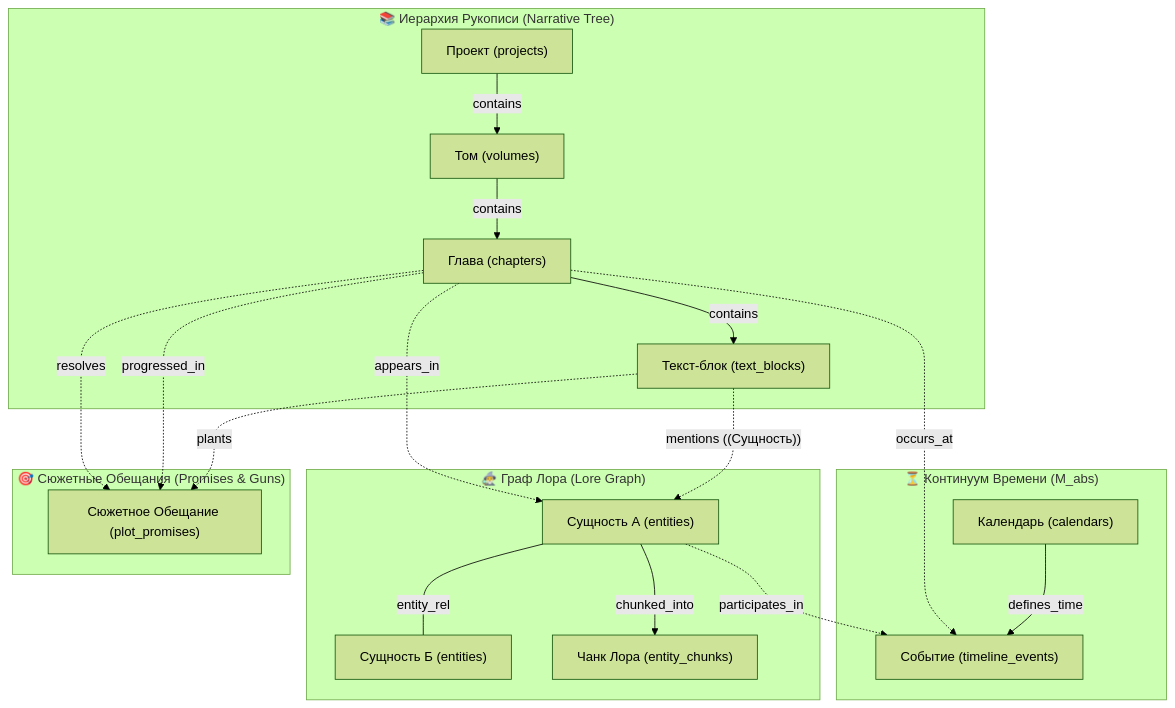
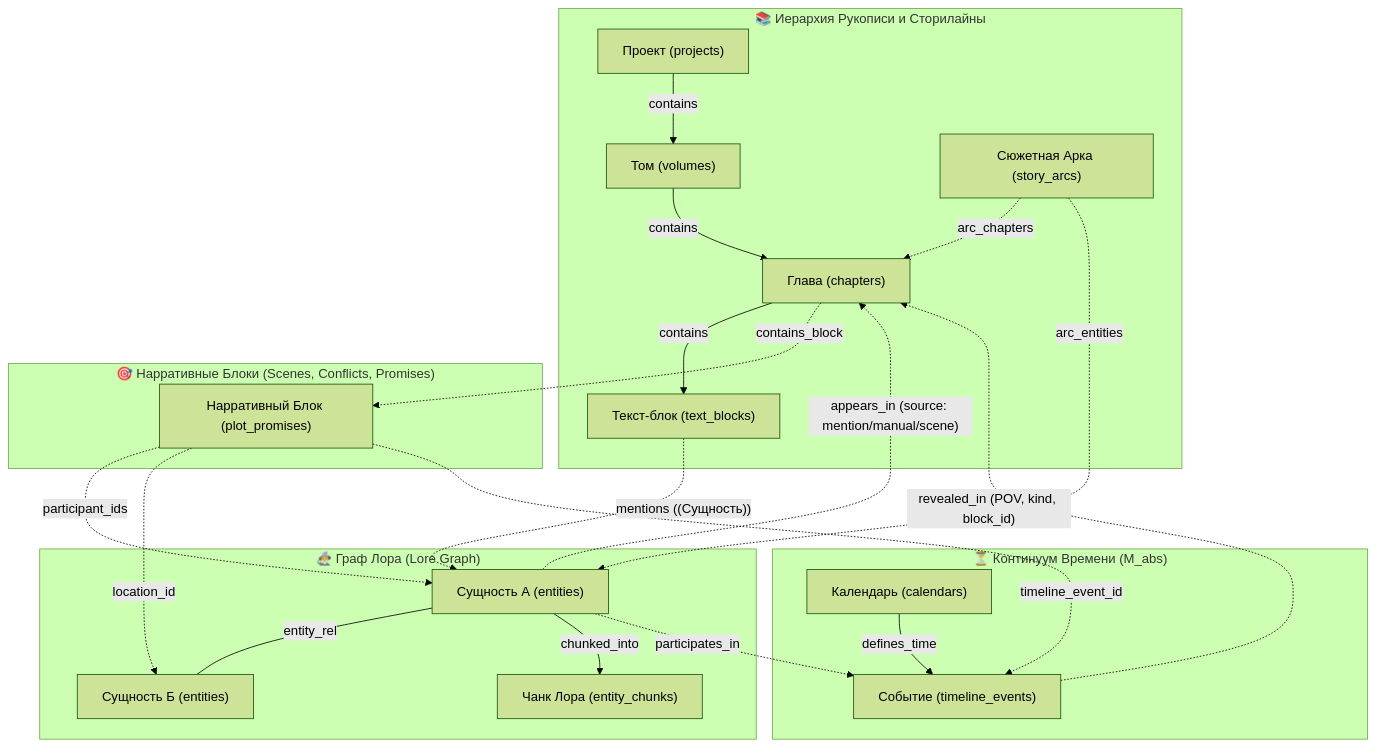
The first of 2 diagrams in apps/spa/src/logic/README_Logic.md (nagisokyn-prog/WorldWiki), drawn with Mermaid (forest theme) before and after one commit. The commit also changed other lines of this file and 51 other files, not shown here.

Commit message:
feat: implement core domain crates, database schema pipeline, and Tauri command modules

````diff
--- a/apps/spa/src/logic/README_Logic.md
+++ b/apps/spa/src/logic/README_Logic.md
@@ -60,44 +60,48 @@
 ```mermaid
 flowchart TD
-    subgraph Narrative_Layer ["📚 Иерархия Рукописи (Narrative Tree)"]
+    subgraph Narrative_Layer ["📚 Иерархия Рукописи и Сторилайны"]
         Project["Проект (projects)"]
         Volume["Том (volumes)"]
         Chapter["Глава (chapters)"]
         TextBlock["Текст-блок (text_blocks)"]
+        StoryArc["Сюжетная Арка (story_arcs)"]
 
         Project -->|contains| Volume
         Volume -->|contains| Chapter
         Chapter -->|contains| TextBlock
+        StoryArc -.->|arc_chapters| Chapter
     end
 
     subgraph Knowledge_Layer ["🧙‍♂️ Граф Лора (Lore Graph)"]
         EntityA["Сущность А (entities)"]
         EntityB["Сущность Б (entities)"]
         EntityChunk["Чанк Лора (entity_chunks)"]
 
         EntityA ---|"entity_rel"| EntityB
         EntityA -->|"chunked_into"| EntityChunk
+        StoryArc -.->|arc_entities| EntityA
     end
 
     subgraph Timeline_Layer ["⏳ Континуум Времени (M_abs)"]
         Calendar["Календарь (calendars)"]
         TimelineEvent["Событие (timeline_events)"]
 
         Calendar -->|"defines_time"| TimelineEvent
     end
 
-    subgraph Plot_Layer ["🎯 Сюжетные Обещания (Promises & Guns)"]
-        PlotPromise["Сюжетное Обещание (plot_promises)"]
+    subgraph Plot_Layer ["🎯 Нарративные Блоки (Scenes, Conflicts, Promises)"]
+        PlotPromise["Нарративный Блок (plot_promises)"]
     end
 
     %% Межслойные Графовые Связи для GraphRAG
     TextBlock -.->|"mentions ((Сущность))"| EntityA
-    Chapter -.->|"appears_in"| EntityA
+    EntityA -.->|"appears_in (source: mention/manual/scene)"| Chapter
 
-    Chapter -.->|"occurs_at"| TimelineEvent
+    TimelineEvent -.->|"revealed_in (POV, kind, block_id)"| Chapter
     EntityA -.->|"participates_in"| TimelineEvent
 
-    TextBlock -.->|"plants"| PlotPromise
-    Chapter -.->|"progressed_in"| PlotPromise
-    Chapter -.->|"resolves"| PlotPromise
+    PlotPromise -.->|"participant_ids"| EntityA
+    PlotPromise -.->|"location_id"| EntityB
+    PlotPromise -.->|"timeline_event_id"| TimelineEvent
+    Chapter -.->|"contains_block"| PlotPromise
 ```
````
